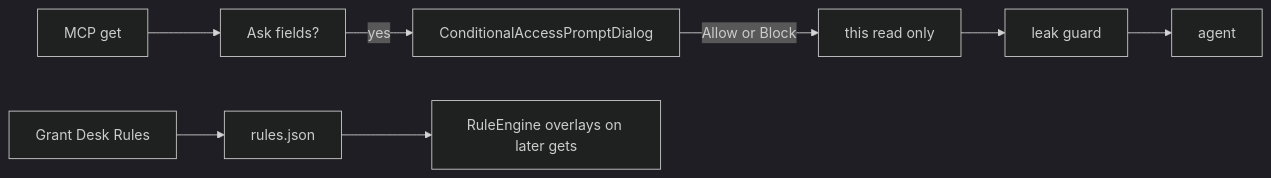
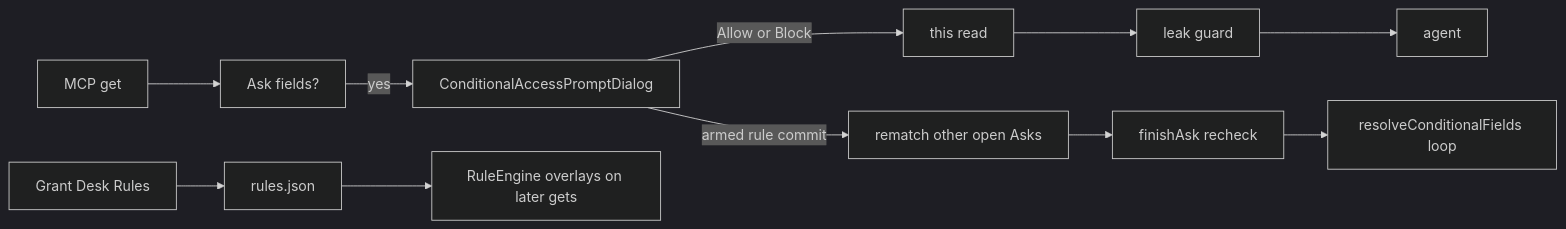
The diagram in .scratch/mailgent-ask-actions/spec.md (marotron/MailGent), drawn with Mermaid (dark theme) before and after one commit. The commit also changed other lines of this file and 16 other files, not shown here.

First line of the commit message:
Rematch open Asks when an armed rule commits (0.20.4).

````diff
--- a/.scratch/mailgent-ask-actions/spec.md
+++ b/.scratch/mailgent-ask-actions/spec.md
@@ -64,10 +64,13 @@
 ```mermaid
 flowchart LR
   get["MCP get"] --> ask["Ask fields?"]
   ask -->|yes| dialog["ConditionalAccessPromptDialog"]
-  dialog -->|Allow or Block| resolve["this read only"]
+  dialog -->|Allow or Block| resolve["this read"]
+  dialog -->|armed rule commit| rematch["rematch other open Asks"]
+  rematch --> recheck["finishAsk recheck"]
+  recheck --> loop["resolveConditionalFields loop"]
   resolve --> leak["leak guard"]
   leak --> agent["agent"]
   rulesUI["Grant Desk Rules"] --> store["rules.json"]
   store --> overlays["RuleEngine overlays on later gets"]
 ```
````
